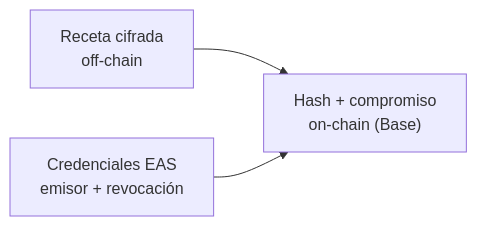
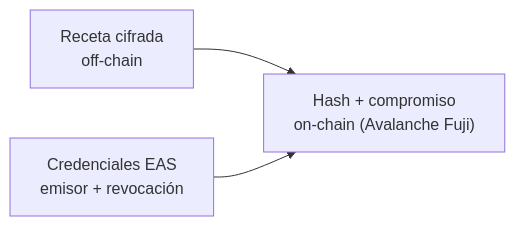
Before and after one commit to abrereflo/proyecto_recetas: the second of 3 diagrams in docs/13-pitch-y-sostenibilidad.md, drawn with Mermaid. The commit also changed other lines of this file and 15 other files, not shown here.

First line of the commit message:
docs: align the planning documents with Avalanche Fuji and the verified status

````diff
--- a/docs/13-pitch-y-sostenibilidad.md
+++ b/docs/13-pitch-y-sostenibilidad.md
@@ -58,5 +58,5 @@
 ```mermaid
 flowchart LR
-    Off["Receta cifrada<br/>off-chain"] --> Hash["Hash + compromiso<br/>on-chain (Base)"]
+    Off["Receta cifrada<br/>off-chain"] --> Hash["Hash + compromiso<br/>on-chain (Avalanche Fuji)"]
     Cred["Credenciales EAS<br/>emisor + revocación"] --> Hash
 ```
````
